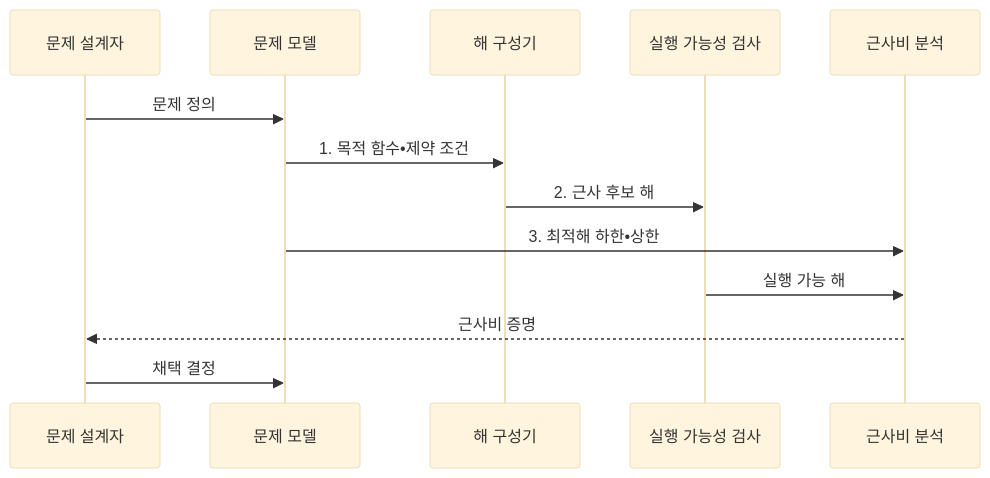
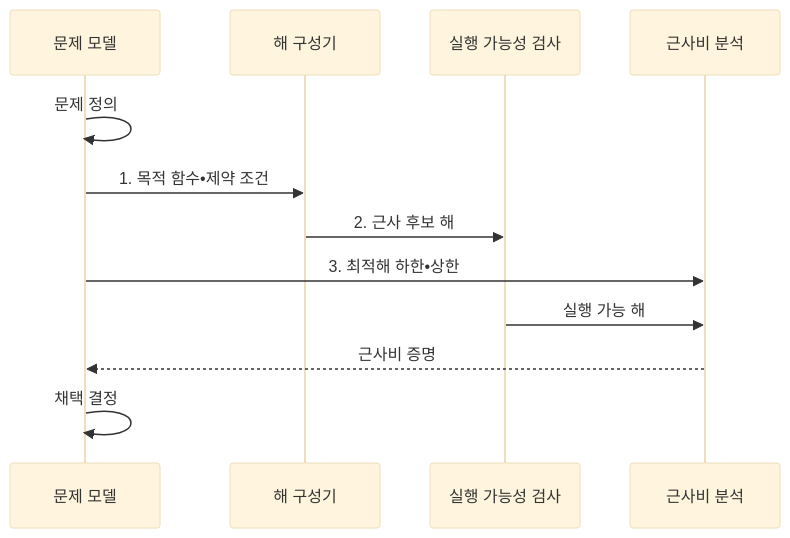
One commit to agnusdei1207/knowledge-base changed the second of 2 diagrams in src/content/docs/notes/01-basic-theory/060_approximation_algo.md. Above: the diagram before and after it, drawn with Mermaid (base theme).

Commit message:
Remove redundant approximation endpoint

````diff
--- a/src/content/docs/notes/01-basic-theory/060_approximation_algo.md
+++ b/src/content/docs/notes/01-basic-theory/060_approximation_algo.md
@@ -95,15 +95,14 @@
 ```mermaid
 sequenceDiagram
-    participant D as 문제 설계자
     participant M as 문제 모델
     participant C as 해 구성기
     participant V as 실행 가능성 검사
     participant B as 근사비 분석
-    D->>M: 문제 정의
+    M->>M: 문제 정의
     M->>C: 1. 목적 함수•제약 조건
     C->>V: 2. 근사 후보 해
     M->>B: 3. 최적해 하한•상한
     V->>B: 실행 가능 해
-    B-->>D: 근사비 증명
-    D->>M: 채택 결정
+    B-->>M: 근사비 증명
+    M->>M: 채택 결정
 ```
````
